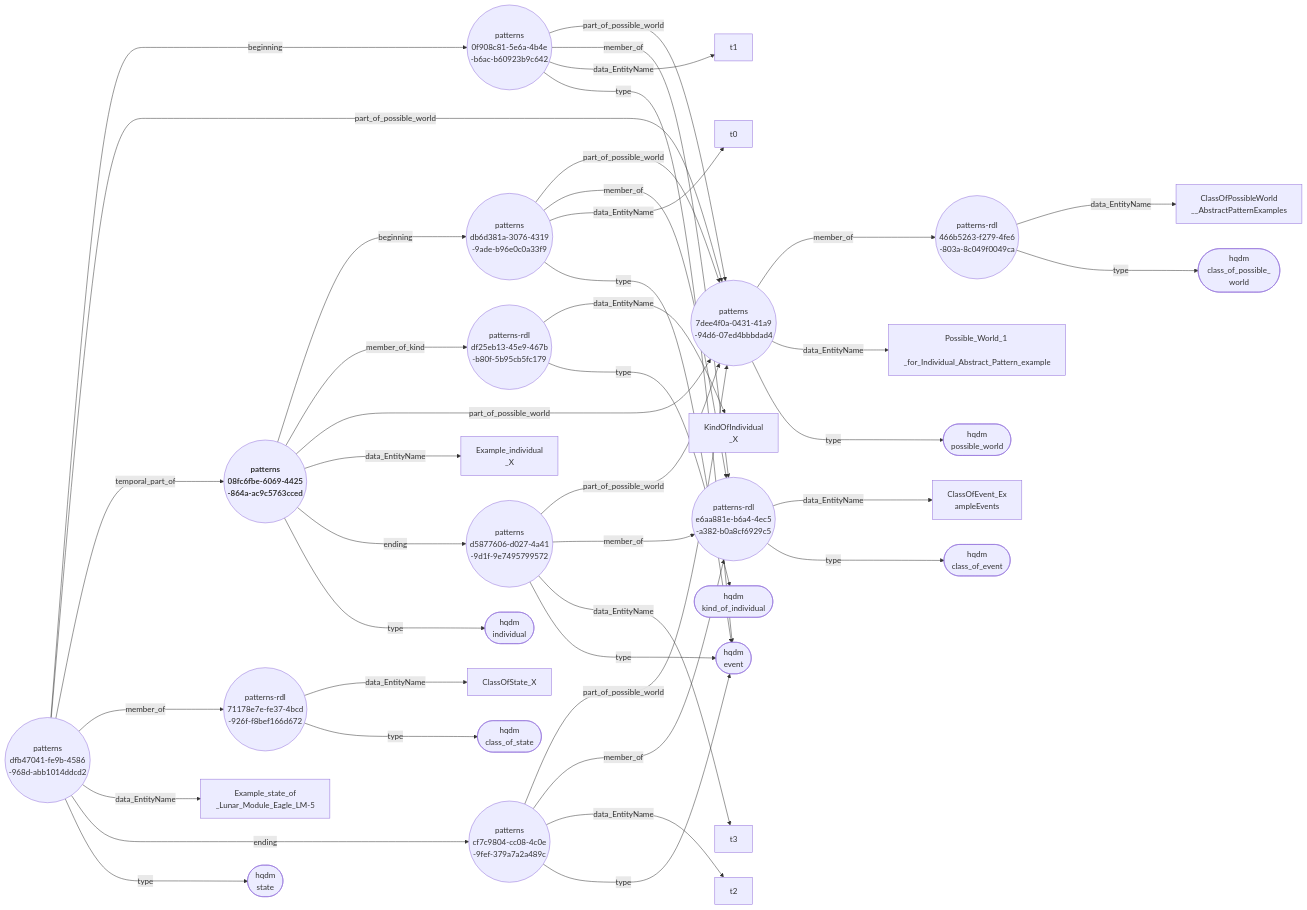
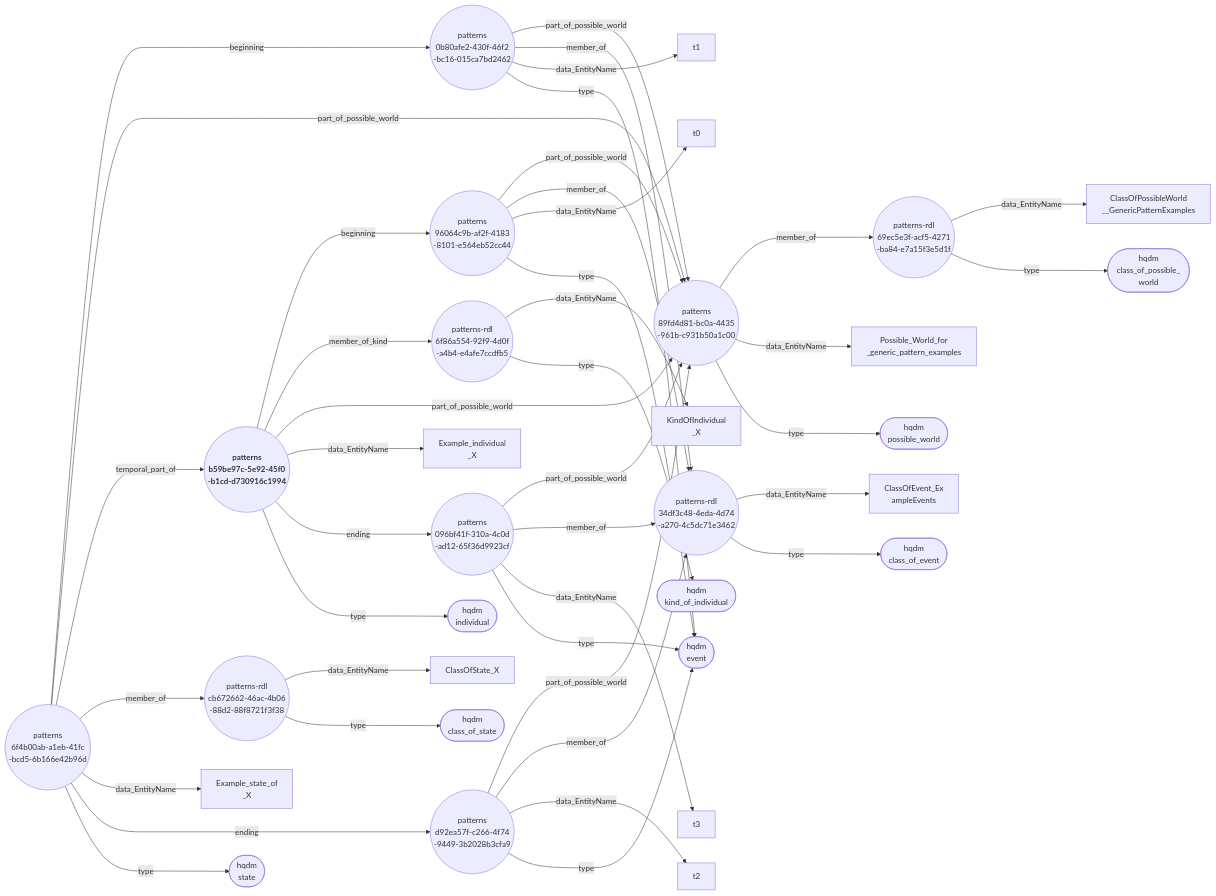
The diagram in docs/extras/example-files/individualExampleNodeEdgeGraph.mermaid (ClimbingAl/HqdmPatterns), drawn with Mermaid before and after one commit. The commit also changed 53 other files, not shown here.

````diff
--- a/docs/extras/example-files/individualExampleNodeEdgeGraph.mermaid
+++ b/docs/extras/example-files/individualExampleNodeEdgeGraph.mermaid
@@ -1,43 +1,43 @@
 ``` mermaid
 graph LR
-  08fc6fbe-6069-4425-864a-ac9c5763cced(("<b> patterns <br> 08fc6fbe-6069-4425 <br> -864a-ac9c5763cced"))--->|"beginning"|db6d381a-3076-4319-9ade-b96e0c0a33f9(("patterns <br> db6d381a-3076-4319 <br> -9ade-b96e0c0a33f9"));
-  08fc6fbe-6069-4425-864a-ac9c5763cced(("<b> patterns <br> 08fc6fbe-6069-4425 <br> -864a-ac9c5763cced"))--->|"member_of_kind"|df25eb13-45e9-467b-b80f-5b95cb5fc179(("patterns-rdl <br> df25eb13-45e9-467b <br> -b80f-5b95cb5fc179"));
-  08fc6fbe-6069-4425-864a-ac9c5763cced(("<b> patterns <br> 08fc6fbe-6069-4425 <br> -864a-ac9c5763cced"))--->|"part_of_possible_world"|7dee4f0a-0431-41a9-94d6-07ed4bbbdad4(("patterns <br> 7dee4f0a-0431-41a9 <br> -94d6-07ed4bbbdad4"));
-  08fc6fbe-6069-4425-864a-ac9c5763cced(("<b> patterns <br> 08fc6fbe-6069-4425 <br> -864a-ac9c5763cced"))--->|"data_EntityName"|Example_individual_X["Example_individual <br> _X"];
-  08fc6fbe-6069-4425-864a-ac9c5763cced(("<b> patterns <br> 08fc6fbe-6069-4425 <br> -864a-ac9c5763cced"))--->|"ending"|d5877606-d027-4a41-9d1f-9e7495799572(("patterns <br> d5877606-d027-4a41 <br> -9d1f-9e7495799572"));
-  08fc6fbe-6069-4425-864a-ac9c5763cced(("<b> patterns <br> 08fc6fbe-6069-4425 <br> -864a-ac9c5763cced"))--->|"type"|individual(["hqdm <br> individual"]);
-  dfb47041-fe9b-4586-968d-abb1014ddcd2(("patterns <br> dfb47041-fe9b-4586 <br> -968d-abb1014ddcd2"))--->|"beginning"|0f908c81-5e6a-4b4e-b6ac-b60923b9c642(("patterns <br> 0f908c81-5e6a-4b4e <br> -b6ac-b60923b9c642"));
-  dfb47041-fe9b-4586-968d-abb1014ddcd2(("patterns <br> dfb47041-fe9b-4586 <br> -968d-abb1014ddcd2"))--->|"part_of_possible_world"|7dee4f0a-0431-41a9-94d6-07ed4bbbdad4(("patterns <br> 7dee4f0a-0431-41a9 <br> -94d6-07ed4bbbdad4"));
-  dfb47041-fe9b-4586-968d-abb1014ddcd2(("patterns <br> dfb47041-fe9b-4586 <br> -968d-abb1014ddcd2"))--->|"temporal_part_of"|08fc6fbe-6069-4425-864a-ac9c5763cced(("<b> patterns <br> 08fc6fbe-6069-4425 <br> -864a-ac9c5763cced"));
-  dfb47041-fe9b-4586-968d-abb1014ddcd2(("patterns <br> dfb47041-fe9b-4586 <br> -968d-abb1014ddcd2"))--->|"member_of"|71178e7e-fe37-4bcd-926f-f8bef166d672(("patterns-rdl <br> 71178e7e-fe37-4bcd <br> -926f-f8bef166d672"));
-  dfb47041-fe9b-4586-968d-abb1014ddcd2(("patterns <br> dfb47041-fe9b-4586 <br> -968d-abb1014ddcd2"))--->|"data_EntityName"|Example_state_of_Lunar_Module_Eagle_LM-5["Example_state_of <br> _Lunar_Module_Eagle_LM-5"];
-  dfb47041-fe9b-4586-968d-abb1014ddcd2(("patterns <br> dfb47041-fe9b-4586 <br> -968d-abb1014ddcd2"))--->|"ending"|cf7c9804-cc08-4c0e-9fef-379a7a2a489c(("patterns <br> cf7c9804-cc08-4c0e <br> -9fef-379a7a2a489c"));
-  dfb47041-fe9b-4586-968d-abb1014ddcd2(("patterns <br> dfb47041-fe9b-4586 <br> -968d-abb1014ddcd2"))--->|"type"|state(["hqdm <br> state"]);
-  df25eb13-45e9-467b-b80f-5b95cb5fc179(("patterns-rdl <br> df25eb13-45e9-467b <br> -b80f-5b95cb5fc179"))--->|"data_EntityName"|KindOfIndividual_X["KindOfIndividual <br> _X"];
-  df25eb13-45e9-467b-b80f-5b95cb5fc179(("patterns-rdl <br> df25eb13-45e9-467b <br> -b80f-5b95cb5fc179"))--->|"type"|kind_of_individual(["hqdm <br> kind_of_individual"]);
-  71178e7e-fe37-4bcd-926f-f8bef166d672(("patterns-rdl <br> 71178e7e-fe37-4bcd <br> -926f-f8bef166d672"))--->|"data_EntityName"|ClassOfState_X["ClassOfState_X"];
-  71178e7e-fe37-4bcd-926f-f8bef166d672(("patterns-rdl <br> 71178e7e-fe37-4bcd <br> -926f-f8bef166d672"))--->|"type"|class_of_state(["hqdm <br> class_of_state"]);
-  466b5263-f279-4fe6-803a-8c049f0049ca(("patterns-rdl <br> 466b5263-f279-4fe6 <br> -803a-8c049f0049ca"))--->|"data_EntityName"|ClassOfPossibleWorld__AbstractPatternExamples["ClassOfPossibleWorld <br> __AbstractPatternExamples"];
-  466b5263-f279-4fe6-803a-8c049f0049ca(("patterns-rdl <br> 466b5263-f279-4fe6 <br> -803a-8c049f0049ca"))--->|"type"|class_of_possible_world(["hqdm <br> class_of_possible_ <br> world"]);
-  e6aa881e-b6a4-4ec5-a382-b0a8cf6929c5(("patterns-rdl <br> e6aa881e-b6a4-4ec5 <br> -a382-b0a8cf6929c5"))--->|"data_EntityName"|ClassOfEvent_ExampleEvents["ClassOfEvent_Ex <br> ampleEvents"];
-  e6aa881e-b6a4-4ec5-a382-b0a8cf6929c5(("patterns-rdl <br> e6aa881e-b6a4-4ec5 <br> -a382-b0a8cf6929c5"))--->|"type"|class_of_event(["hqdm <br> class_of_event"]);
-  7dee4f0a-0431-41a9-94d6-07ed4bbbdad4(("patterns <br> 7dee4f0a-0431-41a9 <br> -94d6-07ed4bbbdad4"))--->|"member_of"|466b5263-f279-4fe6-803a-8c049f0049ca(("patterns-rdl <br> 466b5263-f279-4fe6 <br> -803a-8c049f0049ca"));
-  7dee4f0a-0431-41a9-94d6-07ed4bbbdad4(("patterns <br> 7dee4f0a-0431-41a9 <br> -94d6-07ed4bbbdad4"))--->|"data_EntityName"|Possible_World_1_for_Individual_Abstract_Pattern_example["Possible_World_1 <br> _for_Individual_Abstract_Pattern_example"];
-  7dee4f0a-0431-41a9-94d6-07ed4bbbdad4(("patterns <br> 7dee4f0a-0431-41a9 <br> -94d6-07ed4bbbdad4"))--->|"type"|possible_world(["hqdm <br> possible_world"]);
-  db6d381a-3076-4319-9ade-b96e0c0a33f9(("patterns <br> db6d381a-3076-4319 <br> -9ade-b96e0c0a33f9"))--->|"part_of_possible_world"|7dee4f0a-0431-41a9-94d6-07ed4bbbdad4(("patterns <br> 7dee4f0a-0431-41a9 <br> -94d6-07ed4bbbdad4"));
-  db6d381a-3076-4319-9ade-b96e0c0a33f9(("patterns <br> db6d381a-3076-4319 <br> -9ade-b96e0c0a33f9"))--->|"member_of"|e6aa881e-b6a4-4ec5-a382-b0a8cf6929c5(("patterns-rdl <br> e6aa881e-b6a4-4ec5 <br> -a382-b0a8cf6929c5"));
-  db6d381a-3076-4319-9ade-b96e0c0a33f9(("patterns <br> db6d381a-3076-4319 <br> -9ade-b96e0c0a33f9"))--->|"data_EntityName"|t0["t0"];
-  db6d381a-3076-4319-9ade-b96e0c0a33f9(("patterns <br> db6d381a-3076-4319 <br> -9ade-b96e0c0a33f9"))--->|"type"|event(["hqdm <br> event"]);
-  d5877606-d027-4a41-9d1f-9e7495799572(("patterns <br> d5877606-d027-4a41 <br> -9d1f-9e7495799572"))--->|"part_of_possible_world"|7dee4f0a-0431-41a9-94d6-07ed4bbbdad4(("patterns <br> 7dee4f0a-0431-41a9 <br> -94d6-07ed4bbbdad4"));
-  d5877606-d027-4a41-9d1f-9e7495799572(("patterns <br> d5877606-d027-4a41 <br> -9d1f-9e7495799572"))--->|"member_of"|e6aa881e-b6a4-4ec5-a382-b0a8cf6929c5(("patterns-rdl <br> e6aa881e-b6a4-4ec5 <br> -a382-b0a8cf6929c5"));
-  d5877606-d027-4a41-9d1f-9e7495799572(("patterns <br> d5877606-d027-4a41 <br> -9d1f-9e7495799572"))--->|"data_EntityName"|t3["t3"];
-  d5877606-d027-4a41-9d1f-9e7495799572(("patterns <br> d5877606-d027-4a41 <br> -9d1f-9e7495799572"))--->|"type"|event(["hqdm <br> event"]);
-  0f908c81-5e6a-4b4e-b6ac-b60923b9c642(("patterns <br> 0f908c81-5e6a-4b4e <br> -b6ac-b60923b9c642"))--->|"part_of_possible_world"|7dee4f0a-0431-41a9-94d6-07ed4bbbdad4(("patterns <br> 7dee4f0a-0431-41a9 <br> -94d6-07ed4bbbdad4"));
-  0f908c81-5e6a-4b4e-b6ac-b60923b9c642(("patterns <br> 0f908c81-5e6a-4b4e <br> -b6ac-b60923b9c642"))--->|"member_of"|e6aa881e-b6a4-4ec5-a382-b0a8cf6929c5(("patterns-rdl <br> e6aa881e-b6a4-4ec5 <br> -a382-b0a8cf6929c5"));
-  0f908c81-5e6a-4b4e-b6ac-b60923b9c642(("patterns <br> 0f908c81-5e6a-4b4e <br> -b6ac-b60923b9c642"))--->|"data_EntityName"|t1["t1"];
-  0f908c81-5e6a-4b4e-b6ac-b60923b9c642(("patterns <br> 0f908c81-5e6a-4b4e <br> -b6ac-b60923b9c642"))--->|"type"|event(["hqdm <br> event"]);
-  cf7c9804-cc08-4c0e-9fef-379a7a2a489c(("patterns <br> cf7c9804-cc08-4c0e <br> -9fef-379a7a2a489c"))--->|"part_of_possible_world"|7dee4f0a-0431-41a9-94d6-07ed4bbbdad4(("patterns <br> 7dee4f0a-0431-41a9 <br> -94d6-07ed4bbbdad4"));
-  cf7c9804-cc08-4c0e-9fef-379a7a2a489c(("patterns <br> cf7c9804-cc08-4c0e <br> -9fef-379a7a2a489c"))--->|"member_of"|e6aa881e-b6a4-4ec5-a382-b0a8cf6929c5(("patterns-rdl <br> e6aa881e-b6a4-4ec5 <br> -a382-b0a8cf6929c5"));
-  cf7c9804-cc08-4c0e-9fef-379a7a2a489c(("patterns <br> cf7c9804-cc08-4c0e <br> -9fef-379a7a2a489c"))--->|"data_EntityName"|t2["t2"];
-  cf7c9804-cc08-4c0e-9fef-379a7a2a489c(("patterns <br> cf7c9804-cc08-4c0e <br> -9fef-379a7a2a489c"))--->|"type"|event(["hqdm <br> event"]);
+  b59be97c-5e92-45f0-b1cd-d730916c1994(("<b> patterns <br> b59be97c-5e92-45f0 <br> -b1cd-d730916c1994"))--->|"beginning"|96064c9b-af2f-4183-8101-e564eb52cc44(("patterns <br> 96064c9b-af2f-4183 <br> -8101-e564eb52cc44"));
+  b59be97c-5e92-45f0-b1cd-d730916c1994(("<b> patterns <br> b59be97c-5e92-45f0 <br> -b1cd-d730916c1994"))--->|"member_of_kind"|6f86a554-92f9-4d0f-a4b4-e4afe7ccdfb5(("patterns-rdl <br> 6f86a554-92f9-4d0f <br> -a4b4-e4afe7ccdfb5"));
+  b59be97c-5e92-45f0-b1cd-d730916c1994(("<b> patterns <br> b59be97c-5e92-45f0 <br> -b1cd-d730916c1994"))--->|"part_of_possible_world"|89fd4d81-bc0a-4435-961b-c931b50a1c00(("patterns <br> 89fd4d81-bc0a-4435 <br> -961b-c931b50a1c00"));
+  b59be97c-5e92-45f0-b1cd-d730916c1994(("<b> patterns <br> b59be97c-5e92-45f0 <br> -b1cd-d730916c1994"))--->|"data_EntityName"|Example_individual_X["Example_individual <br> _X"];
+  b59be97c-5e92-45f0-b1cd-d730916c1994(("<b> patterns <br> b59be97c-5e92-45f0 <br> -b1cd-d730916c1994"))--->|"ending"|096bf41f-310a-4c0d-ad12-65f36d9923cf(("patterns <br> 096bf41f-310a-4c0d <br> -ad12-65f36d9923cf"));
+  b59be97c-5e92-45f0-b1cd-d730916c1994(("<b> patterns <br> b59be97c-5e92-45f0 <br> -b1cd-d730916c1994"))--->|"type"|individual(["hqdm <br> individual"]);
+  6f4b00ab-a1eb-41fc-bcd5-6b166e42b96d(("patterns <br> 6f4b00ab-a1eb-41fc <br> -bcd5-6b166e42b96d"))--->|"beginning"|0b80afe2-430f-46f2-bc16-015ca7bd2462(("patterns <br> 0b80afe2-430f-46f2 <br> -bc16-015ca7bd2462"));
+  6f4b00ab-a1eb-41fc-bcd5-6b166e42b96d(("patterns <br> 6f4b00ab-a1eb-41fc <br> -bcd5-6b166e42b96d"))--->|"part_of_possible_world"|89fd4d81-bc0a-4435-961b-c931b50a1c00(("patterns <br> 89fd4d81-bc0a-4435 <br> -961b-c931b50a1c00"));
+  6f4b00ab-a1eb-41fc-bcd5-6b166e42b96d(("patterns <br> 6f4b00ab-a1eb-41fc <br> -bcd5-6b166e42b96d"))--->|"temporal_part_of"|b59be97c-5e92-45f0-b1cd-d730916c1994(("<b> patterns <br> b59be97c-5e92-45f0 <br> -b1cd-d730916c1994"));
+  6f4b00ab-a1eb-41fc-bcd5-6b166e42b96d(("patterns <br> 6f4b00ab-a1eb-41fc <br> -bcd5-6b166e42b96d"))--->|"member_of"|cb672662-46ac-4b06-88d2-88f8721f3f38(("patterns-rdl <br> cb672662-46ac-4b06 <br> -88d2-88f8721f3f38"));
+  6f4b00ab-a1eb-41fc-bcd5-6b166e42b96d(("patterns <br> 6f4b00ab-a1eb-41fc <br> -bcd5-6b166e42b96d"))--->|"data_EntityName"|Example_state_of_X["Example_state_of <br> _X"];
+  6f4b00ab-a1eb-41fc-bcd5-6b166e42b96d(("patterns <br> 6f4b00ab-a1eb-41fc <br> -bcd5-6b166e42b96d"))--->|"ending"|d92ea57f-c266-4f74-9449-3b2028b3cfa9(("patterns <br> d92ea57f-c266-4f74 <br> -9449-3b2028b3cfa9"));
+  6f4b00ab-a1eb-41fc-bcd5-6b166e42b96d(("patterns <br> 6f4b00ab-a1eb-41fc <br> -bcd5-6b166e42b96d"))--->|"type"|state(["hqdm <br> state"]);
+  6f86a554-92f9-4d0f-a4b4-e4afe7ccdfb5(("patterns-rdl <br> 6f86a554-92f9-4d0f <br> -a4b4-e4afe7ccdfb5"))--->|"data_EntityName"|KindOfIndividual_X["KindOfIndividual <br> _X"];
+  6f86a554-92f9-4d0f-a4b4-e4afe7ccdfb5(("patterns-rdl <br> 6f86a554-92f9-4d0f <br> -a4b4-e4afe7ccdfb5"))--->|"type"|kind_of_individual(["hqdm <br> kind_of_individual"]);
+  cb672662-46ac-4b06-88d2-88f8721f3f38(("patterns-rdl <br> cb672662-46ac-4b06 <br> -88d2-88f8721f3f38"))--->|"data_EntityName"|ClassOfState_X["ClassOfState_X"];
+  cb672662-46ac-4b06-88d2-88f8721f3f38(("patterns-rdl <br> cb672662-46ac-4b06 <br> -88d2-88f8721f3f38"))--->|"type"|class_of_state(["hqdm <br> class_of_state"]);
+  69ec5e3f-acf5-4271-ba84-e7a15f3e5d1f(("patterns-rdl <br> 69ec5e3f-acf5-4271 <br> -ba84-e7a15f3e5d1f"))--->|"data_EntityName"|ClassOfPossibleWorld__GenericPatternExamples["ClassOfPossibleWorld <br> __GenericPatternExamples"];
+  69ec5e3f-acf5-4271-ba84-e7a15f3e5d1f(("patterns-rdl <br> 69ec5e3f-acf5-4271 <br> -ba84-e7a15f3e5d1f"))--->|"type"|class_of_possible_world(["hqdm <br> class_of_possible_ <br> world"]);
+  34df3c48-4eda-4d74-a270-4c5dc71e3462(("patterns-rdl <br> 34df3c48-4eda-4d74 <br> -a270-4c5dc71e3462"))--->|"data_EntityName"|ClassOfEvent_ExampleEvents["ClassOfEvent_Ex <br> ampleEvents"];
+  34df3c48-4eda-4d74-a270-4c5dc71e3462(("patterns-rdl <br> 34df3c48-4eda-4d74 <br> -a270-4c5dc71e3462"))--->|"type"|class_of_event(["hqdm <br> class_of_event"]);
+  89fd4d81-bc0a-4435-961b-c931b50a1c00(("patterns <br> 89fd4d81-bc0a-4435 <br> -961b-c931b50a1c00"))--->|"member_of"|69ec5e3f-acf5-4271-ba84-e7a15f3e5d1f(("patterns-rdl <br> 69ec5e3f-acf5-4271 <br> -ba84-e7a15f3e5d1f"));
+  89fd4d81-bc0a-4435-961b-c931b50a1c00(("patterns <br> 89fd4d81-bc0a-4435 <br> -961b-c931b50a1c00"))--->|"data_EntityName"|Possible_World_for_generic_pattern_examples["Possible_World_for <br> _generic_pattern_examples"];
+  89fd4d81-bc0a-4435-961b-c931b50a1c00(("patterns <br> 89fd4d81-bc0a-4435 <br> -961b-c931b50a1c00"))--->|"type"|possible_world(["hqdm <br> possible_world"]);
+  96064c9b-af2f-4183-8101-e564eb52cc44(("patterns <br> 96064c9b-af2f-4183 <br> -8101-e564eb52cc44"))--->|"part_of_possible_world"|89fd4d81-bc0a-4435-961b-c931b50a1c00(("patterns <br> 89fd4d81-bc0a-4435 <br> -961b-c931b50a1c00"));
+  96064c9b-af2f-4183-8101-e564eb52cc44(("patterns <br> 96064c9b-af2f-4183 <br> -8101-e564eb52cc44"))--->|"member_of"|34df3c48-4eda-4d74-a270-4c5dc71e3462(("patterns-rdl <br> 34df3c48-4eda-4d74 <br> -a270-4c5dc71e3462"));
+  96064c9b-af2f-4183-8101-e564eb52cc44(("patterns <br> 96064c9b-af2f-4183 <br> -8101-e564eb52cc44"))--->|"data_EntityName"|t0["t0"];
+  96064c9b-af2f-4183-8101-e564eb52cc44(("patterns <br> 96064c9b-af2f-4183 <br> -8101-e564eb52cc44"))--->|"type"|event(["hqdm <br> event"]);
+  096bf41f-310a-4c0d-ad12-65f36d9923cf(("patterns <br> 096bf41f-310a-4c0d <br> -ad12-65f36d9923cf"))--->|"part_of_possible_world"|89fd4d81-bc0a-4435-961b-c931b50a1c00(("patterns <br> 89fd4d81-bc0a-4435 <br> -961b-c931b50a1c00"));
+  096bf41f-310a-4c0d-ad12-65f36d9923cf(("patterns <br> 096bf41f-310a-4c0d <br> -ad12-65f36d9923cf"))--->|"member_of"|34df3c48-4eda-4d74-a270-4c5dc71e3462(("patterns-rdl <br> 34df3c48-4eda-4d74 <br> -a270-4c5dc71e3462"));
+  096bf41f-310a-4c0d-ad12-65f36d9923cf(("patterns <br> 096bf41f-310a-4c0d <br> -ad12-65f36d9923cf"))--->|"data_EntityName"|t3["t3"];
+  096bf41f-310a-4c0d-ad12-65f36d9923cf(("patterns <br> 096bf41f-310a-4c0d <br> -ad12-65f36d9923cf"))--->|"type"|event(["hqdm <br> event"]);
+  0b80afe2-430f-46f2-bc16-015ca7bd2462(("patterns <br> 0b80afe2-430f-46f2 <br> -bc16-015ca7bd2462"))--->|"part_of_possible_world"|89fd4d81-bc0a-4435-961b-c931b50a1c00(("patterns <br> 89fd4d81-bc0a-4435 <br> -961b-c931b50a1c00"));
+  0b80afe2-430f-46f2-bc16-015ca7bd2462(("patterns <br> 0b80afe2-430f-46f2 <br> -bc16-015ca7bd2462"))--->|"member_of"|34df3c48-4eda-4d74-a270-4c5dc71e3462(("patterns-rdl <br> 34df3c48-4eda-4d74 <br> -a270-4c5dc71e3462"));
+  0b80afe2-430f-46f2-bc16-015ca7bd2462(("patterns <br> 0b80afe2-430f-46f2 <br> -bc16-015ca7bd2462"))--->|"data_EntityName"|t1["t1"];
+  0b80afe2-430f-46f2-bc16-015ca7bd2462(("patterns <br> 0b80afe2-430f-46f2 <br> -bc16-015ca7bd2462"))--->|"type"|event(["hqdm <br> event"]);
+  d92ea57f-c266-4f74-9449-3b2028b3cfa9(("patterns <br> d92ea57f-c266-4f74 <br> -9449-3b2028b3cfa9"))--->|"part_of_possible_world"|89fd4d81-bc0a-4435-961b-c931b50a1c00(("patterns <br> 89fd4d81-bc0a-4435 <br> -961b-c931b50a1c00"));
+  d92ea57f-c266-4f74-9449-3b2028b3cfa9(("patterns <br> d92ea57f-c266-4f74 <br> -9449-3b2028b3cfa9"))--->|"member_of"|34df3c48-4eda-4d74-a270-4c5dc71e3462(("patterns-rdl <br> 34df3c48-4eda-4d74 <br> -a270-4c5dc71e3462"));
+  d92ea57f-c266-4f74-9449-3b2028b3cfa9(("patterns <br> d92ea57f-c266-4f74 <br> -9449-3b2028b3cfa9"))--->|"data_EntityName"|t2["t2"];
+  d92ea57f-c266-4f74-9449-3b2028b3cfa9(("patterns <br> d92ea57f-c266-4f74 <br> -9449-3b2028b3cfa9"))--->|"type"|event(["hqdm <br> event"]);
 ```
````
